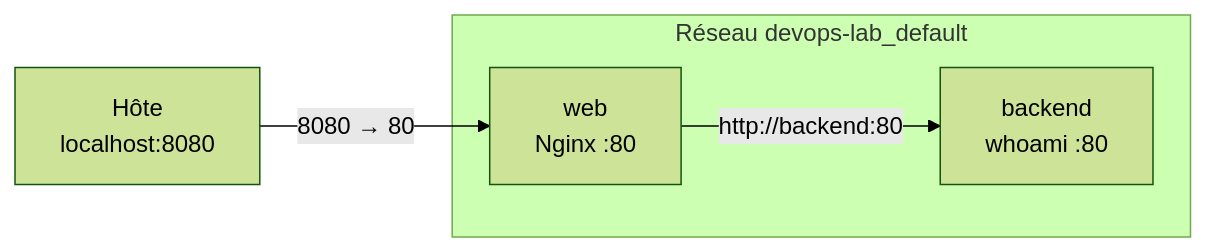
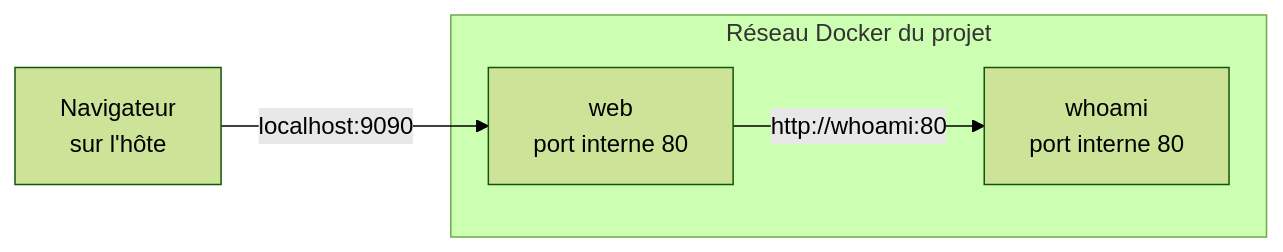
Diagram 15 of 22 in ING1 - 2026-2027 - Devops/slides.md (KingEwin/courses), drawn with Mermaid (forest theme) before and after one commit. The commit also changed other lines of this file and 1 other file, not shown here.

````diff
--- a/ING1 - 2026-2027 - Devops/slides.md
+++ b/ING1 - 2026-2027 - Devops/slides.md
@@ -2101,7 +2457,7 @@
 ```mermaid {theme: 'base', themeVariables: {background: '#ffffff', primaryColor: '#f7f1ea', primaryTextColor: '#2b2620', primaryBorderColor: '#c1502e', lineColor: '#7a6f63', secondaryColor: '#e08a63', tertiaryColor: '#b45309', mainBkg: '#f7f1ea', nodeBorder: '#c1502e', clusterBkg: '#ffffff', clusterBorder: '#b45309', edgeLabelBackground: '#ffffff', arrowheadColor: '#7a6f63', textColor: '#2b2620'}}
 graph LR
-  H["Hôte<br/>localhost:8080"] -->|"8080 → 80"| W
-  subgraph N["Réseau devops-lab_default"]
-    W["web<br/>Nginx :80"] -->|"http://backend:80"| B["backend<br/>whoami :80"]
+  B["Navigateur<br/>sur l'hôte"] -->|"localhost:9090"| W
+  subgraph N["Réseau Docker du projet"]
+    W["web<br/>port interne 80"] -->|"http://whoami:80"| Q["whoami<br/>port interne 80"]
   end
 ```
````
